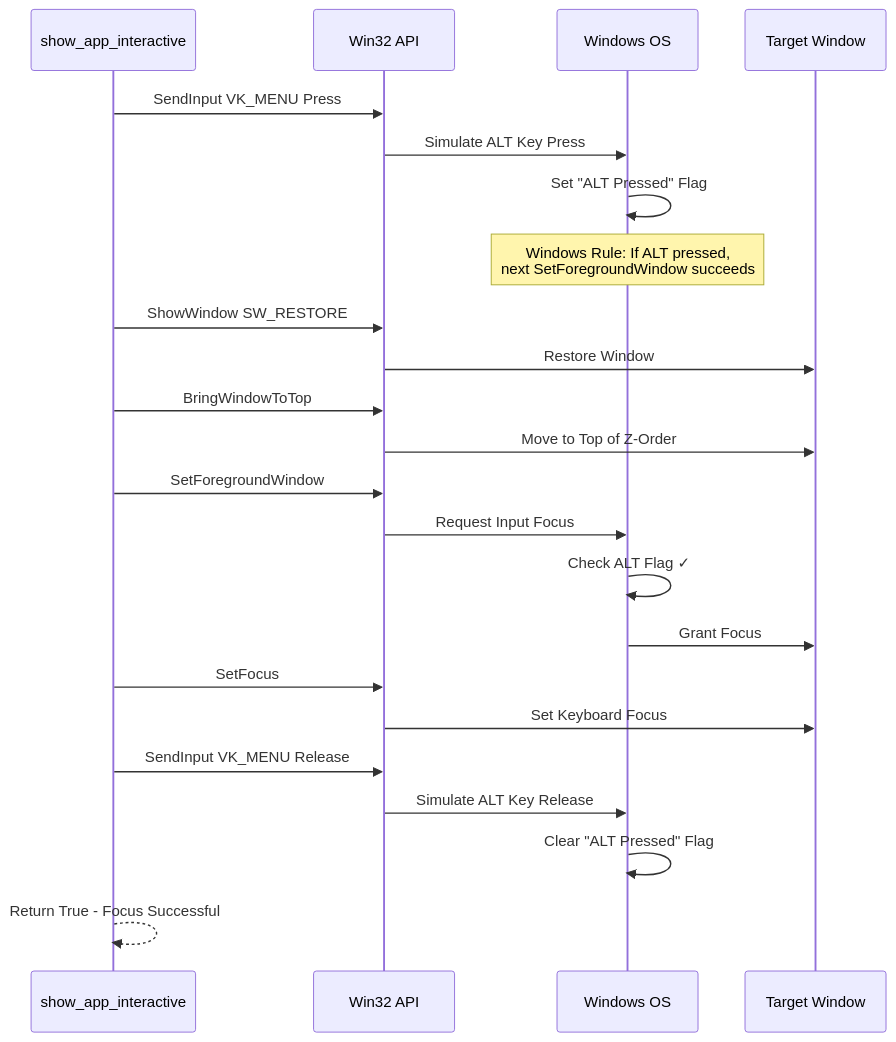
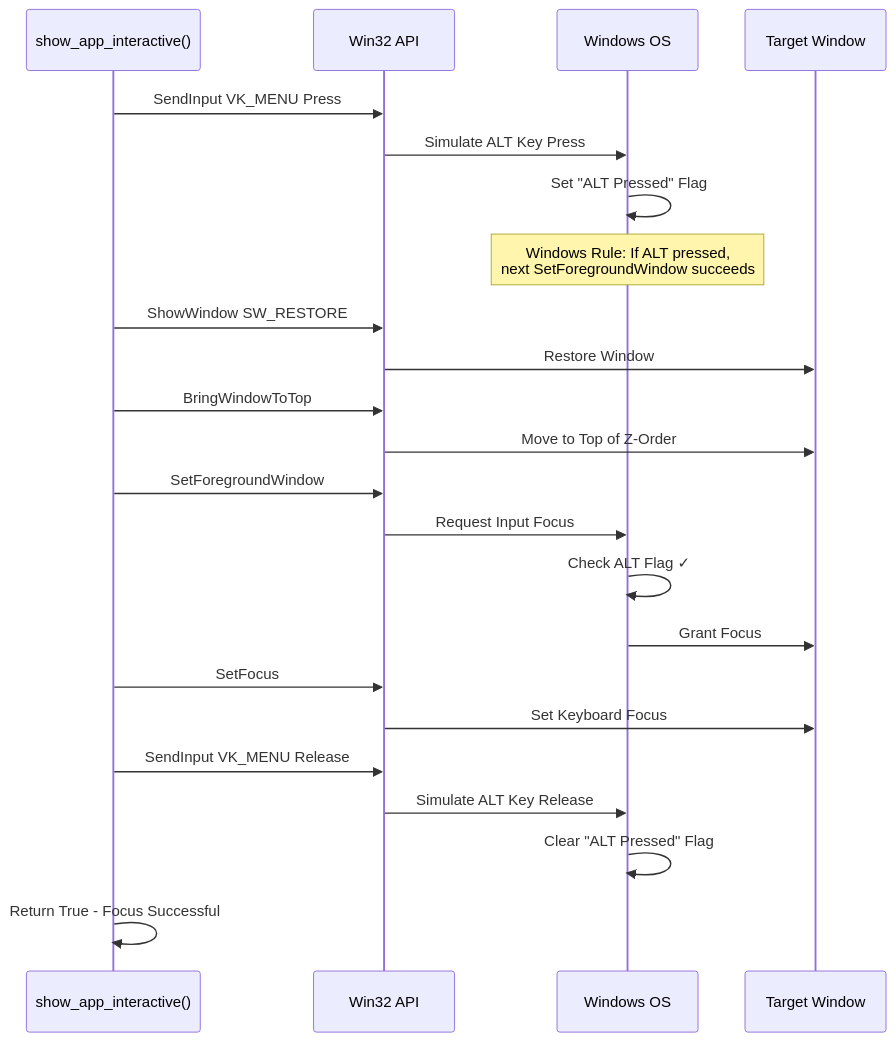
Before and after one commit to error-debug-run/HELL: the sixth of 9 diagrams in control/apps.md, drawn with Mermaid. The commit also changed other lines of this file and 1 other file, not shown here.

````diff
--- a/control/apps.md
+++ b/control/apps.md
@@ -254,33 +244,33 @@
 ```mermaid
 sequenceDiagram
-    participant A as show_app_interactive
+    participant A as show_app_interactive()
     participant W as Win32 API
     participant O as Windows OS
     participant T as Target Window
     
     A->>W: SendInput VK_MENU Press
     W->>O: Simulate ALT Key Press
     O->>O: Set "ALT Pressed" Flag
     
     Note over O: Windows Rule: If ALT pressed,<br/>next SetForegroundWindow succeeds
     
     A->>W: ShowWindow SW_RESTORE
     W->>T: Restore Window
     
     A->>W: BringWindowToTop
     W->>T: Move to Top of Z-Order
     
     A->>W: SetForegroundWindow
     W->>O: Request Input Focus
     O->>O: Check ALT Flag ✓
     O->>T: Grant Focus
     
     A->>W: SetFocus
     W->>T: Set Keyboard Focus
     
     A->>W: SendInput VK_MENU Release
     W->>O: Simulate ALT Key Release
     O->>O: Clear "ALT Pressed" Flag
     
-    A-->>A: Return True - Focus Successful
+    A->>A: Return True - Focus Successful
 ```
````
